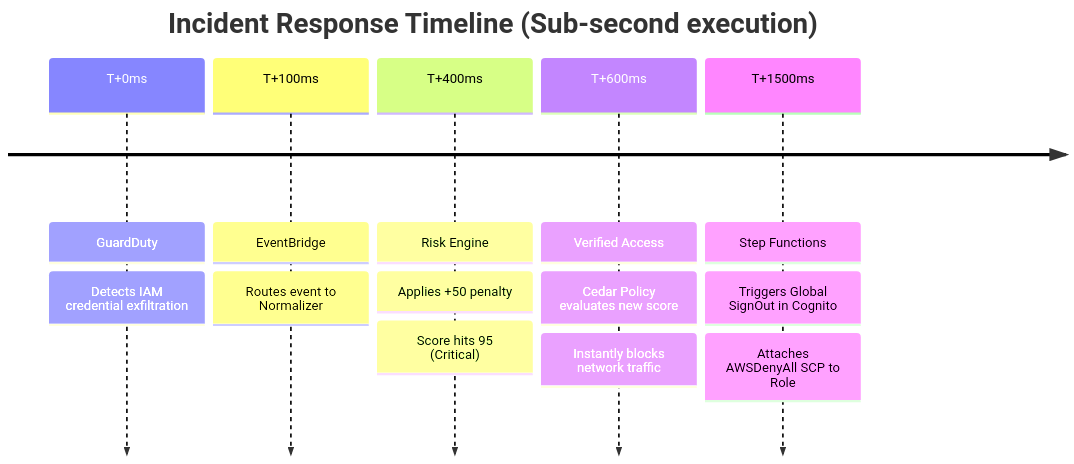
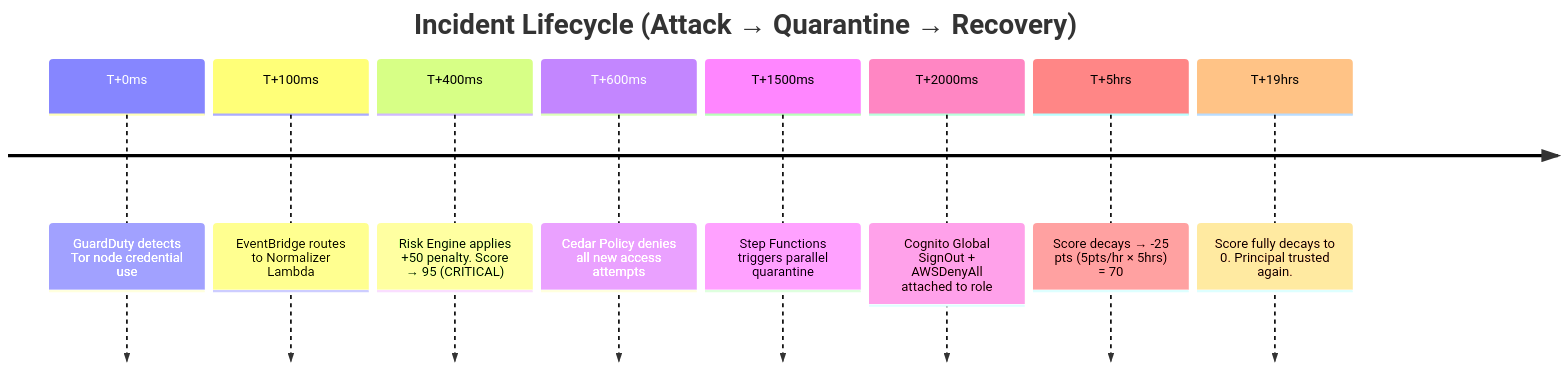
Before and after one commit to nextgensoumen/prahari-ztna-aws: the fifth of 10 diagrams in docs/diagrams.md, drawn with Mermaid. The commit also changed other lines of this file and 1 other file, not shown here.

Commit message:
docs: Update diagrams v2 with all Phase 2 changes + memory log 06

````diff
--- a/docs/diagrams.md
+++ b/docs/diagrams.md
@@ -101,17 +122,12 @@
 ```mermaid
 timeline
-    title Incident Response Timeline (Sub-second execution)
-    T+0ms : GuardDuty
-          : Detects IAM credential exfiltration
-    T+100ms : EventBridge
-            : Routes event to Normalizer
-    T+400ms : Risk Engine
-            : Applies +50 penalty
-            : Score hits 95 (Critical)
-    T+600ms : Verified Access
-            : Cedar Policy evaluates new score
-            : Instantly blocks network traffic
-    T+1500ms : Step Functions
-             : Triggers Global SignOut in Cognito
-             : Attaches AWSDenyAll SCP to Role
+    title Incident Lifecycle (Attack → Quarantine → Recovery)
+    T+0ms : GuardDuty detects Tor node credential use
+    T+100ms : EventBridge routes to Normalizer Lambda
+    T+400ms : Risk Engine applies +50 penalty. Score → 95 (CRITICAL)
+    T+600ms : Cedar Policy denies all new access attempts
+    T+1500ms : Step Functions triggers parallel quarantine
+    T+2000ms : Cognito Global SignOut + AWSDenyAll attached to role
+    T+5hrs : Score decays → -25 pts (5pts/hr × 5hrs) = 70
+    T+19hrs : Score fully decays to 0. Principal trusted again.
 ```
````
